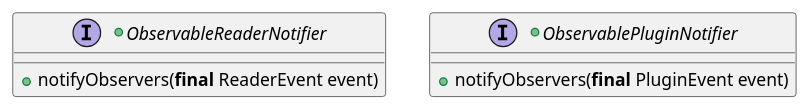
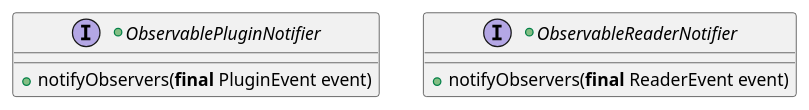
One commit to calypsonet/keyple changed the fourth of 29 diagrams in src/KeypleCoreApi/PluginApi/puml/KeypleCore-PluginApi-ClassDiag-SE_Proxy-ClassElements.iuml. Above: the diagram before and after it, drawn with PlantUML. The commit also changed other lines of this file and 4 other files, not shown here.

```diff
--- a/src/KeypleCoreApi/PluginApi/puml/KeypleCore-PluginApi-ClassDiag-SE_Proxy-ClassElements.iuml
+++ b/src/KeypleCoreApi/PluginApi/puml/KeypleCore-PluginApi-ClassDiag-SE_Proxy-ClassElements.iuml
@@ -44,9 +44,9 @@
 @startuml(id=PLUGIN_OBSERVABLE_NOTIFIER)
++interface ObservablePluginNotifier {
+  +notifyObservers(<b>final</b> PluginEvent event)
+}
+
 +interface ObservableReaderNotifier {
   +notifyObservers(<b>final</b> ReaderEvent event)
 }
-
-+interface ObservablePluginNotifier {
-  +notifyObservers(<b>final</b> PluginEvent event)
-}
 @enduml
```
